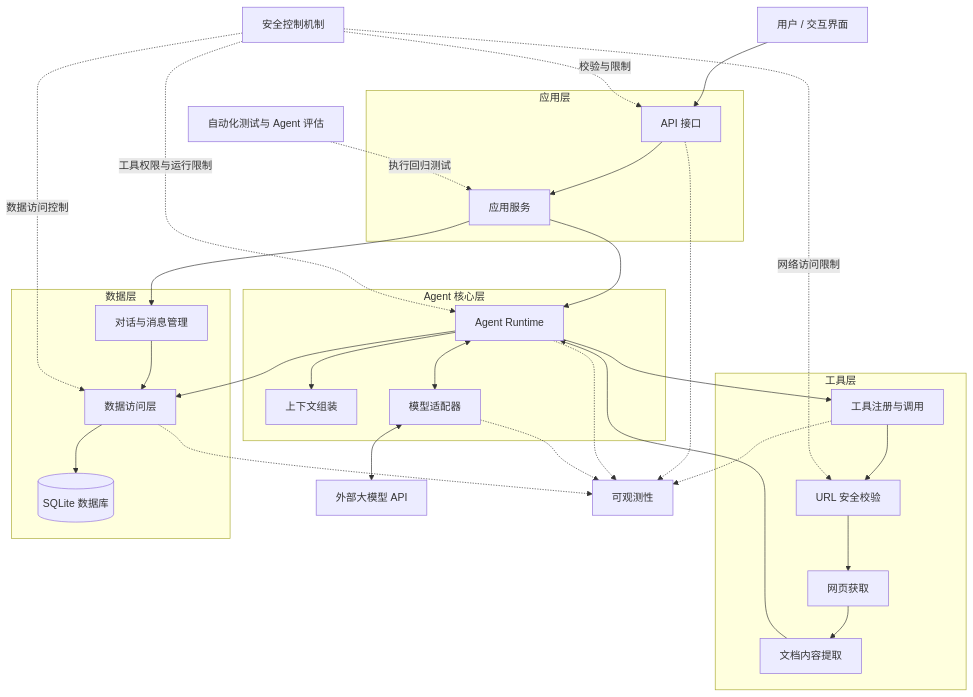
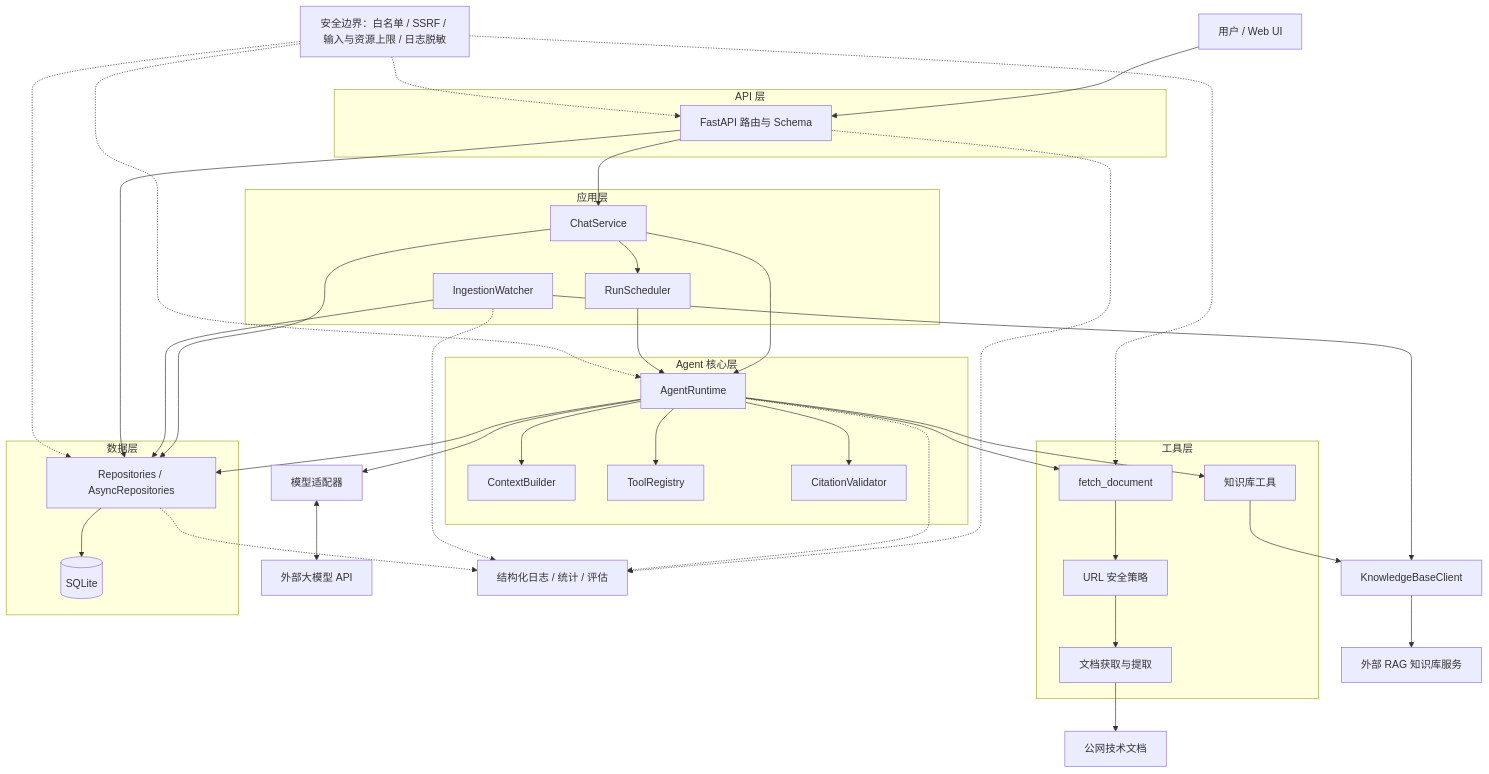
Before and after one commit to Rena-xie/ai_learning_agent: the diagram in README.md, drawn with Mermaid. The commit also changed other lines of this file, not shown here.

````diff
--- a/README.md
+++ b/README.md
@@ -27,62 +139,74 @@
 ```mermaid
 flowchart TB
-    User["用户 / 交互界面"]
+    User["用户 / Web UI"]
 
-    subgraph App["应用层"]
-        API["API 接口"]
-        Service["应用服务"]
-        API --> Service
+    subgraph API["API 层"]
+        Routes["FastAPI 路由与 Schema"]
     end
 
-    subgraph Agent["Agent 核心层"]
-        Runtime["Agent Runtime"]
-        Context["上下文组装"]
-        ModelAdapter["模型适配器"]
-        Runtime --> Context
-        Runtime <--> ModelAdapter
+    subgraph APP["应用层"]
+        Chat["ChatService"]
+        Scheduler["RunScheduler"]
+        Watcher["IngestionWatcher"]
     end
 
-    subgraph Tools["工具层"]
-        Registry["工具注册与调用"]
-        URLPolicy["URL 安全校验"]
-        Fetcher["网页获取"]
-        Extractor["文档内容提取"]
-        Registry --> URLPolicy
-        URLPolicy --> Fetcher
-        Fetcher --> Extractor
+    subgraph AGENT["Agent 核心层"]
+        Runtime["AgentRuntime"]
+        Context["ContextBuilder"]
+        Registry["ToolRegistry"]
+        Citations["CitationValidator"]
+        Runtime --> Context
+        Runtime --> Registry
+        Runtime --> Citations
     end
 
-    subgraph Data["数据层"]
-        Conversation["对话与消息管理"]
-        Repository["数据访问层"]
-        DB[("SQLite 数据库")]
-        Conversation --> Repository
-        Repository --> DB
+    subgraph TOOLS["工具层"]
+        Fetch["fetch_document"]
+        URLPolicy["URL 安全策略"]
+        Fetcher["文档获取与提取"]
+        KnowledgeTools["知识库工具"]
+        Fetch --> URLPolicy --> Fetcher
     end
 
+    subgraph DATA["数据层"]
+        Repos["Repositories / AsyncRepositories"]
+        DB[("SQLite")]
+        Repos --> DB
+    end
+
+    Model["模型适配器"]
     LLM["外部大模型 API"]
-    Security["安全控制机制"]
-    Obs["可观测性"]
-    Eval["自动化测试与 Agent 评估"]
+    KClient["KnowledgeBaseClient"]
+    RAG["外部 RAG 知识库服务"]
+    WebDocs["公网技术文档"]
+    Obs["结构化日志 / 统计 / 评估"]
+    Security["安全边界：白名单 / SSRF / 输入与资源上限 / 日志脱敏"]
 
-    User --> API
-    Service --> Runtime
-    Runtime --> Registry
-    Extractor --> Runtime
-    ModelAdapter <--> LLM
-    Service --> Conversation
-    Runtime --> Repository
+    User --> Routes
+    Routes --> Chat
+    Chat --> Scheduler
+    Chat --> Runtime
+    Chat --> Repos
+    Runtime --> Repos
+    Scheduler --> Runtime
+    Runtime --> Model
+    Model <--> LLM
+    Runtime --> Fetch
+    Runtime --> KnowledgeTools
+    Fetcher --> WebDocs
+    KnowledgeTools --> KClient
+    KClient --> RAG
+    Watcher --> KClient
+    Watcher --> Repos
+    Routes --> Repos
 
-    Security -. "校验与限制" .-> API
-    Security -. "工具权限与运行限制" .-> Runtime
-    Security -. "网络访问限制" .-> URLPolicy
-    Security -. "数据访问控制" .-> Repository
+    Security -.-> Routes
+    Security -.-> Runtime
+    Security -.-> Fetch
+    Security -.-> Repos
 
-    API -.-> Obs
+    Routes -.-> Obs
     Runtime -.-> Obs
-    ModelAdapter -.-> Obs
-    Registry -.-> Obs
-    Repository -.-> Obs
-
-    Eval -. "执行回归测试" .-> Service
+    Watcher -.-> Obs
+    Repos -.-> Obs
 ```
````
